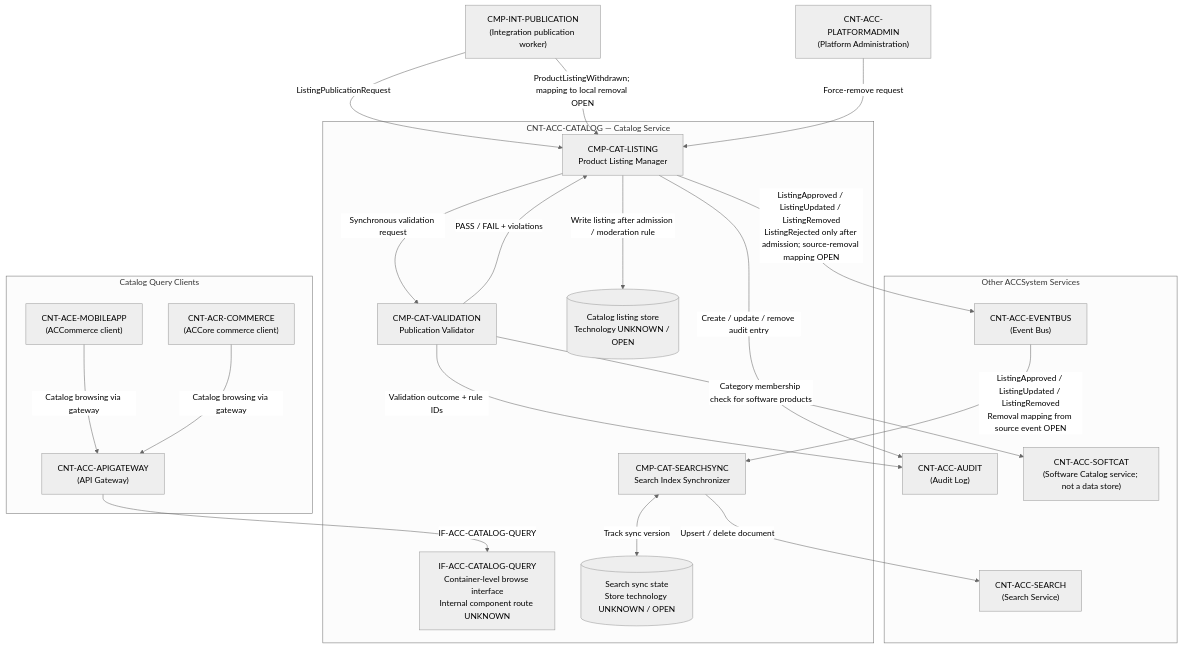
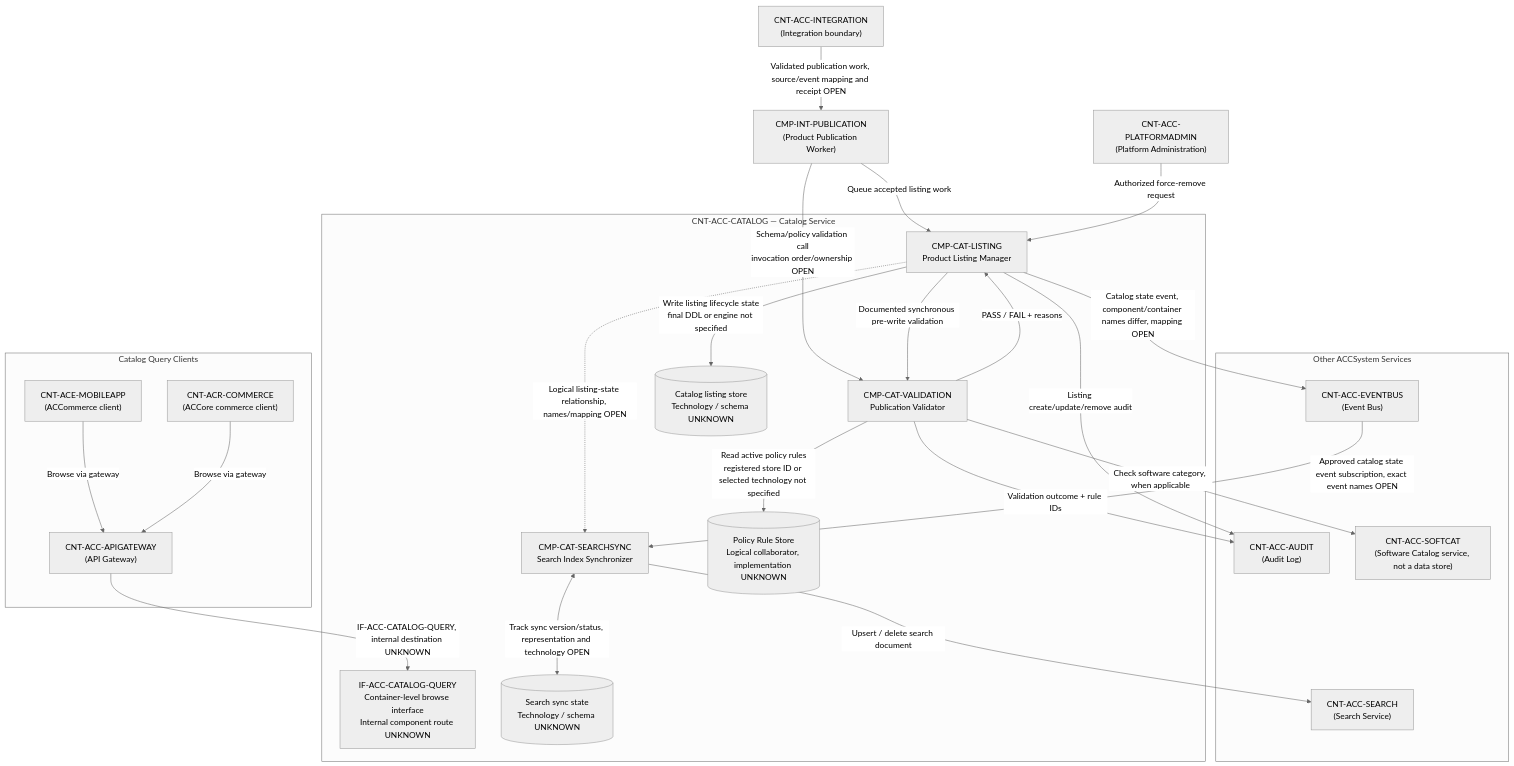
One commit to Emran025/accsystem changed the diagram in acc-architecture/c3-components/CNT-ACC-CATALOG/component-diagram.md. Above: the diagram before and after it, drawn with Mermaid (neutral theme). The commit also changed other lines of this file and 16 other files, not shown here.

Commit message:
docs(architecture): reconcile seven C3 views to source evidence

````diff
--- a/acc-architecture/c3-components/CNT-ACC-CATALOG/component-diagram.md
+++ b/acc-architecture/c3-components/CNT-ACC-CATALOG/component-diagram.md
@@ -11,51 +11,54 @@
 ```mermaid
 flowchart TD
     subgraph Clients["Catalog Query Clients"]
         MOBILE["CNT-ACE-MOBILEAPP\n(ACCommerce client)"]
         COMMERCE["CNT-ACR-COMMERCE\n(ACCore commerce client)"]
         APIGW["CNT-ACC-APIGATEWAY\n(API Gateway)"]
     end
 
-    INTEGRATION["CMP-INT-PUBLICATION\n(Integration publication worker)"]
+    INTEGRATION["CNT-ACC-INTEGRATION\n(Integration boundary)"]
     ADMIN["CNT-ACC-PLATFORMADMIN\n(Platform Administration)"]
 
     subgraph CNT-ACC-CATALOG["CNT-ACC-CATALOG — Catalog Service"]
         QUERY["IF-ACC-CATALOG-QUERY\nContainer-level browse interface\nInternal component route UNKNOWN"]
         LISTING["CMP-CAT-LISTING\nProduct Listing Manager"]
         VALIDATION["CMP-CAT-VALIDATION\nPublication Validator"]
         SEARCHSYNC["CMP-CAT-SEARCHSYNC\nSearch Index Synchronizer"]
-        CATDB[("Catalog listing store\nTechnology UNKNOWN / OPEN")]
-        SYNCSTATE[("Search sync state\nStore technology UNKNOWN / OPEN")]
+        CATDB[("Catalog listing store\nTechnology / schema UNKNOWN")]
+        SYNCSTATE[("Search sync state\nTechnology / schema UNKNOWN")]
+        POLICY[("Policy Rule Store\nLogical collaborator, implementation UNKNOWN")]
     end
 
     subgraph SharedServices["Other ACCSystem Services"]
         SEARCH["CNT-ACC-SEARCH\n(Search Service)"]
         EVENTBUS["CNT-ACC-EVENTBUS\n(Event Bus)"]
         AUDIT["CNT-ACC-AUDIT\n(Audit Log)"]
-        SOFTCAT["CNT-ACC-SOFTCAT\n(Software Catalog service; not a data store)"]
+        SOFTCAT["CNT-ACC-SOFTCAT\n(Software Catalog service, not a data store)"]
     end
 
     %% Catalog query interface and documented client path
-    MOBILE -->|Catalog browsing via gateway| APIGW
-    COMMERCE -->|Catalog browsing via gateway| APIGW
-    APIGW -->|IF-ACC-CATALOG-QUERY| QUERY
+    MOBILE -->|Browse via gateway| APIGW
+    COMMERCE -->|Browse via gateway| APIGW
+    APIGW -->|IF-ACC-CATALOG-QUERY, internal destination UNKNOWN| QUERY
 
-    %% Publication and validation
-    INTEGRATION -->|ListingPublicationRequest| LISTING
-    INTEGRATION -->|ProductListingWithdrawn; mapping to local removal OPEN| LISTING
-    LISTING -->|Synchronous validation request| VALIDATION
-    VALIDATION -->|Category membership check for software products| SOFTCAT
-    VALIDATION -->|PASS / FAIL + violations| LISTING
+    %% Publication, validation, and listing lifecycle
+    INTEGRATION -->|Validated publication work, source/event mapping and receipt OPEN| PUB
+    PUB["CMP-INT-PUBLICATION\n(Product Publication Worker)"]
+    PUB -->|Queue accepted listing work| LISTING
+    PUB -->|Schema/policy validation call\ninvocation order/ownership OPEN| VALIDATION
+    LISTING -->|Documented synchronous pre-write validation| VALIDATION
+    VALIDATION -->|PASS / FAIL + reasons| LISTING
+    VALIDATION -->|Check software category, when applicable| SOFTCAT
+    VALIDATION -->|Read active policy rules\nregistered store ID or selected technology not specified| POLICY
     VALIDATION -->|Validation outcome + rule IDs| AUDIT
-    LISTING -->|Write listing after admission / moderation rule| CATDB
-    LISTING -->|ListingApproved / ListingUpdated / ListingRemoved\nListingRejected only after admission; source-removal mapping OPEN| EVENTBUS
-    LISTING -->|Create / update / remove audit entry| AUDIT
+    LISTING -->|Write listing lifecycle state\nfinal DDL or engine not specified| CATDB
+    LISTING -->|Listing create/update/remove audit| AUDIT
+    ADMIN -->|Authorized force-remove request| LISTING
 
-    %% Search synchronization
-    EVENTBUS -->|ListingApproved / ListingUpdated / ListingRemoved\nRemoval mapping from source event OPEN| SEARCHSYNC
-    SEARCHSYNC <-->|Track sync version| SYNCSTATE
-    SEARCHSYNC -->|Upsert / delete document| SEARCH
-
-    %% Authorized administrative retraction
-    ADMIN -->|Force-remove request| LISTING
+    %% Catalog event publication and search projection
+    LISTING -.->|Logical listing-state relationship, names/mapping OPEN| SEARCHSYNC
+    LISTING -->|Catalog state event, component/container names differ, mapping OPEN| EVENTBUS
+    EVENTBUS -->|Approved catalog state event subscription, exact event names OPEN| SEARCHSYNC
+    SEARCHSYNC <-->|Track sync version/status, representation and technology OPEN| SYNCSTATE
+    SEARCHSYNC -->|Upsert / delete search document| SEARCH
 ```
````
